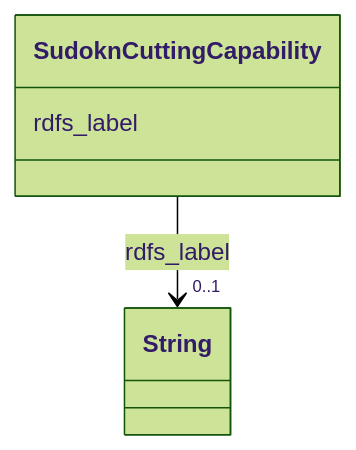
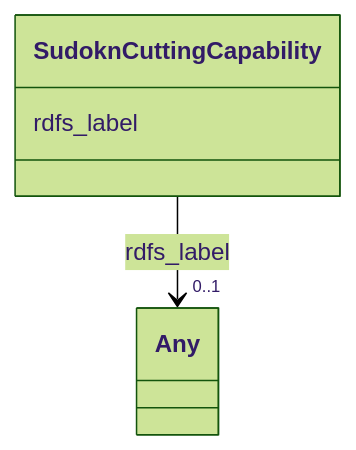
The diagram in sudokn-kg/classes/SudoknCuttingCapability.md (frink-okn/graph-descriptions), drawn with Mermaid (forest theme) before and after one commit. The commit also changed other lines of this file and 903 other files, not shown here.

````diff
--- a/sudokn-kg/classes/SudoknCuttingCapability.md
+++ b/sudokn-kg/classes/SudoknCuttingCapability.md
@@ -23,15 +18,15 @@
 ```mermaid
  classDiagram
     class SudoknCuttingCapability
     click SudoknCuttingCapability href "../SudoknCuttingCapability"
       SudoknCuttingCapability : rdfs_label
         
           
     
     
-    SudoknCuttingCapability --> "0..1" String : rdfs_label
-    click String href "../String"
+    SudoknCuttingCapability --> "0..1" Any : rdfs_label
+    click Any href "../Any"
 
         
       
 ```
````
